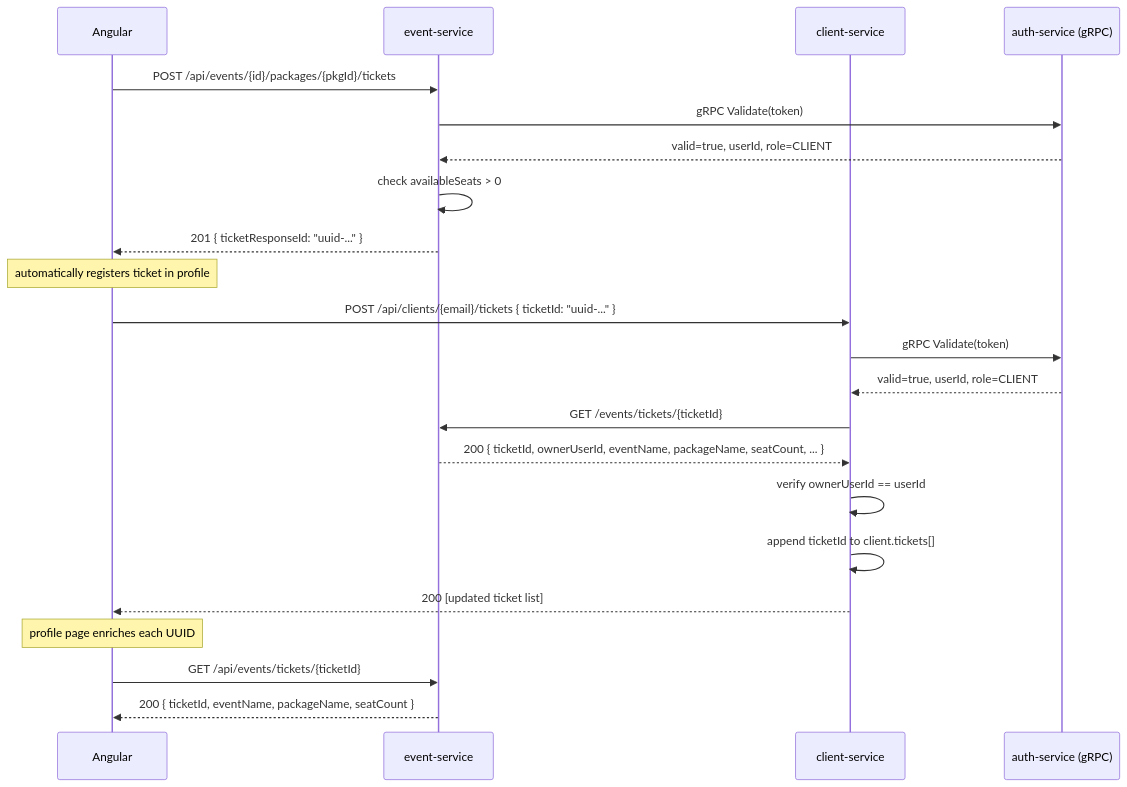
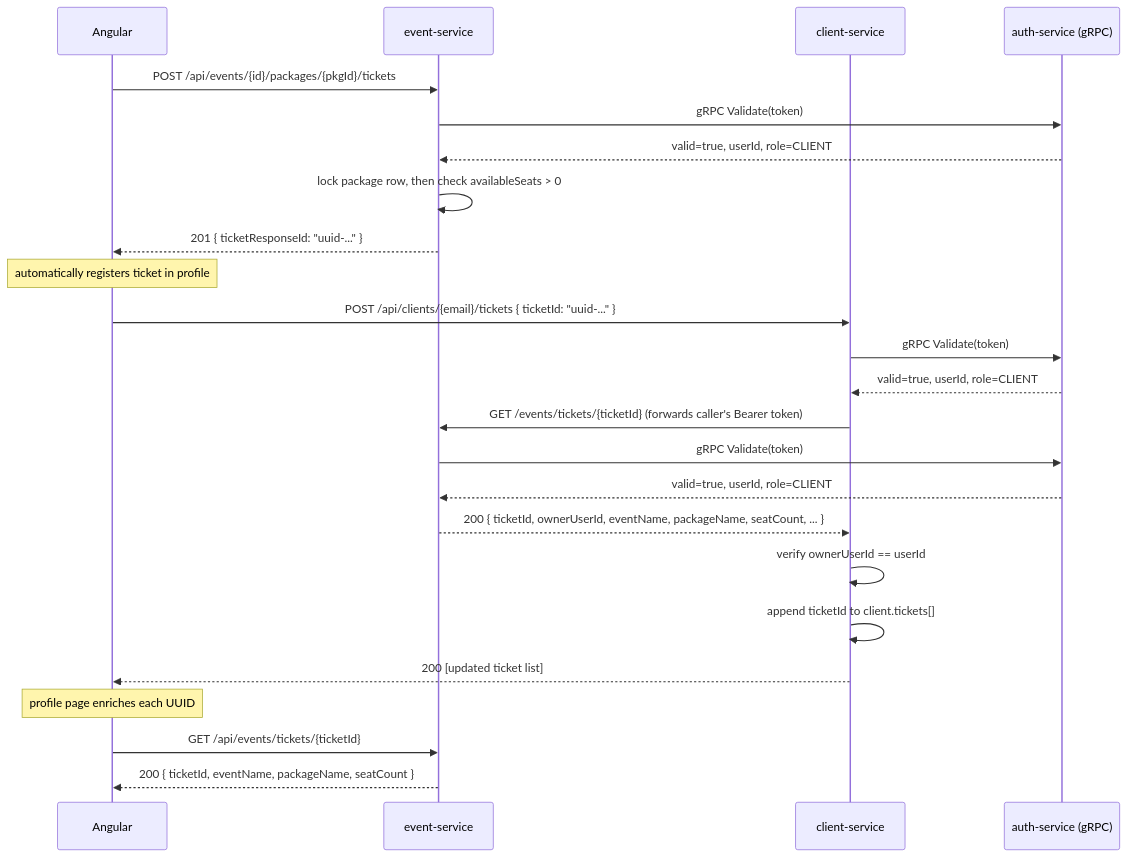
The second of 3 diagrams in README.md (VladLunca/event-platform), drawn with Mermaid before and after one commit. The commit also changed other lines of this file and 10 other files, not shown here.

````diff
--- a/README.md
+++ b/README.md
@@ -91,29 +91,31 @@
 ```mermaid
 sequenceDiagram
     participant A as Angular
     participant ES as event-service
     participant CS as client-service
     participant AS as auth-service (gRPC)
 
     A->>ES: POST /api/events/{id}/packages/{pkgId}/tickets
     ES->>AS: gRPC Validate(token)
     AS-->>ES: valid=true, userId, role=CLIENT
-    ES->>ES: check availableSeats > 0
+    ES->>ES: lock package row, then check availableSeats > 0
     ES-->>A: 201 { ticketResponseId: "uuid-..." }
 
     Note over A: automatically registers ticket in profile
 
     A->>CS: POST /api/clients/{email}/tickets { ticketId: "uuid-..." }
     CS->>AS: gRPC Validate(token)
     AS-->>CS: valid=true, userId, role=CLIENT
-    CS->>ES: GET /events/tickets/{ticketId}
+    CS->>ES: GET /events/tickets/{ticketId} (forwards caller's Bearer token)
+    ES->>AS: gRPC Validate(token)
+    AS-->>ES: valid=true, userId, role=CLIENT
     ES-->>CS: 200 { ticketId, ownerUserId, eventName, packageName, seatCount, ... }
     CS->>CS: verify ownerUserId == userId
     CS->>CS: append ticketId to client.tickets[]
     CS-->>A: 200 [updated ticket list]
 
     Note over A: profile page enriches each UUID
 
     A->>ES: GET /api/events/tickets/{ticketId}
     ES-->>A: 200 { ticketId, eventName, packageName, seatCount }
 ```
````
